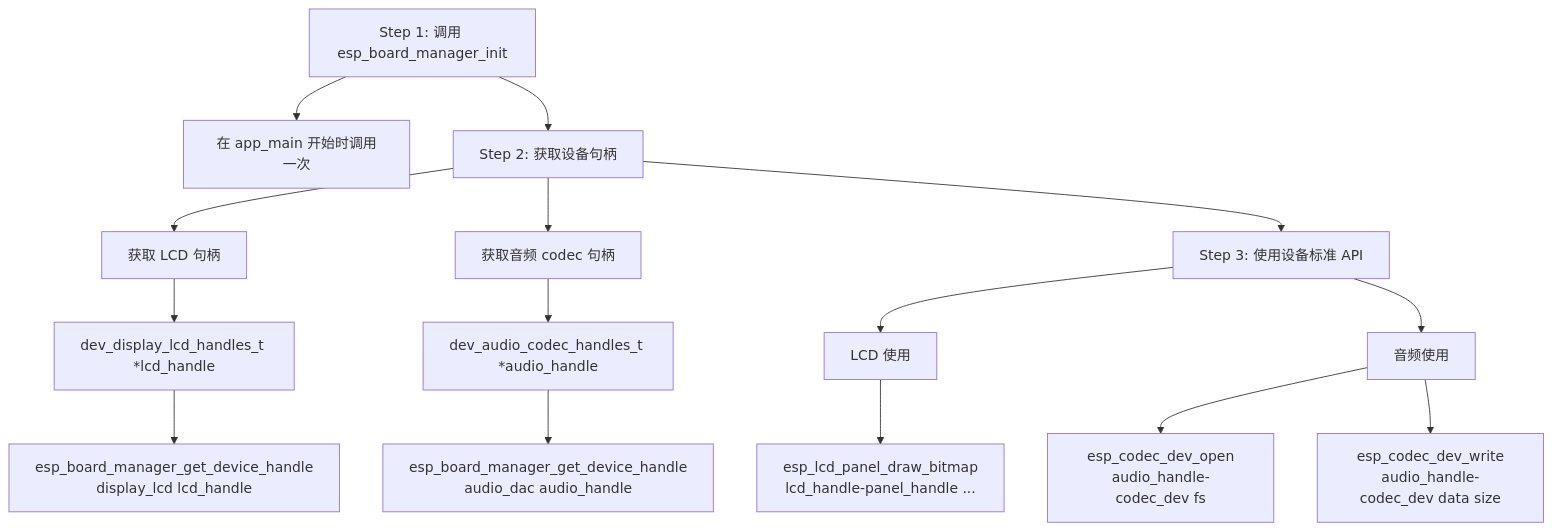
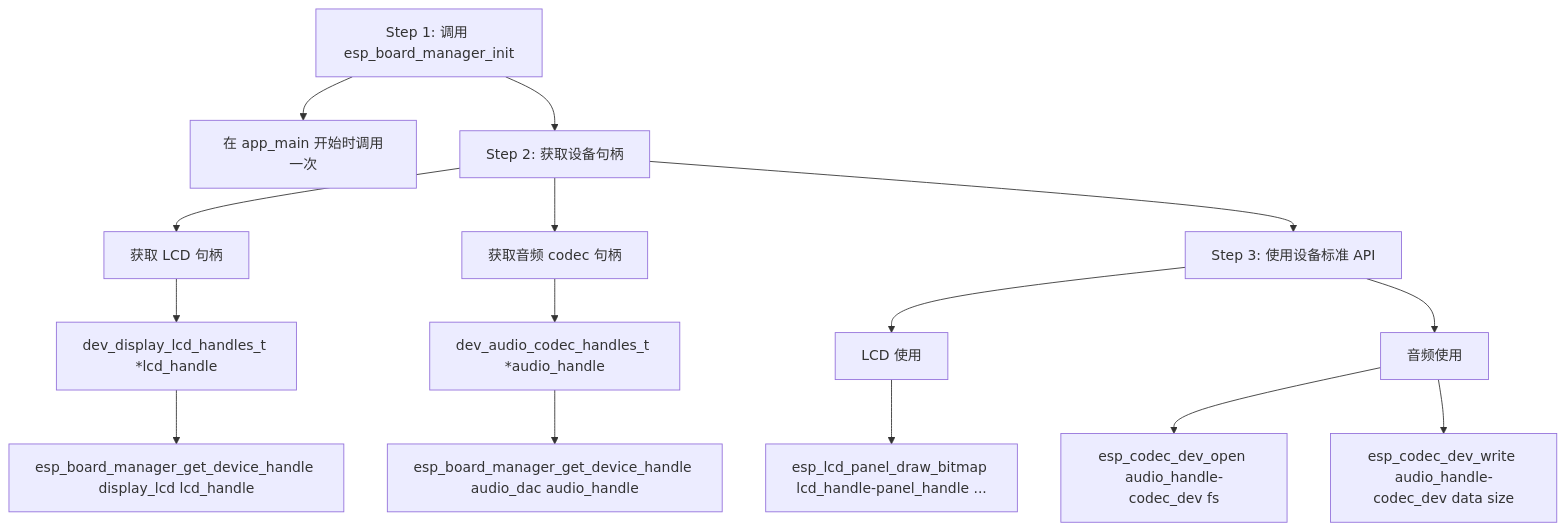
One commit to diskman88/gmf_board_manager_docs changed the seventh of 9 diagrams in index.md. Above: the diagram before and after it, drawn with Mermaid. The commit also changed other lines of this file, not shown here.

````diff
--- a/index.md
+++ b/index.md
@@ -533,20 +533,20 @@
 ```mermaid
 flowchart TD
     A[Step 1: 调用 esp_board_manager_init]
     A --> A1[在 app_main 开始时调用一次]
     
     A --> B[Step 2: 获取设备句柄]
     B --> B1[获取 LCD 句柄]
     B1 --> B2[dev_display_lcd_handles_t *lcd_handle]
-    B2 --> B3[esp_board_manager_get_device_handle\ndisplay_lcd lcd_handle]
+    B2 --> B3[esp_board_manager_get_device_handle display_lcd lcd_handle]
     B --> B4[获取音频 codec 句柄]
     B4 --> B5[dev_audio_codec_handles_t *audio_handle]
-    B5 --> B6[esp_board_manager_get_device_handle\naudio_dac audio_handle]
+    B5 --> B6[esp_board_manager_get_device_handle audio_dac audio_handle]
     
     B --> C[Step 3: 使用设备标准 API]
     C --> C1[LCD 使用]
-    C1 --> C2[esp_lcd_panel_draw_bitmap\nlcd_handle-panel_handle ...]
+    C1 --> C2[esp_lcd_panel_draw_bitmap lcd_handle-panel_handle ...]
     C --> C3[音频使用]
-    C3 --> C4[esp_codec_dev_open\naudio_handle-codec_dev fs]
-    C3 --> C5[esp_codec_dev_write\naudio_handle-codec_dev data size]
+    C3 --> C4[esp_codec_dev_open audio_handle-codec_dev fs]
+    C3 --> C5[esp_codec_dev_write audio_handle-codec_dev data size]
 ```
````
